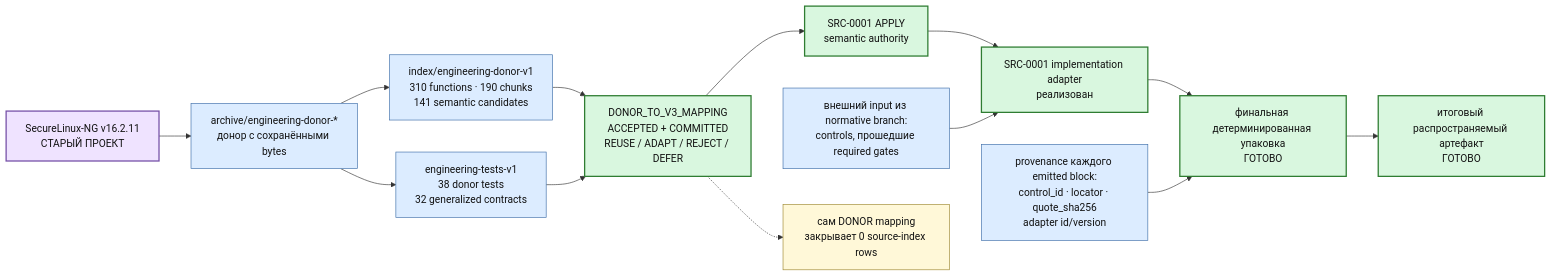
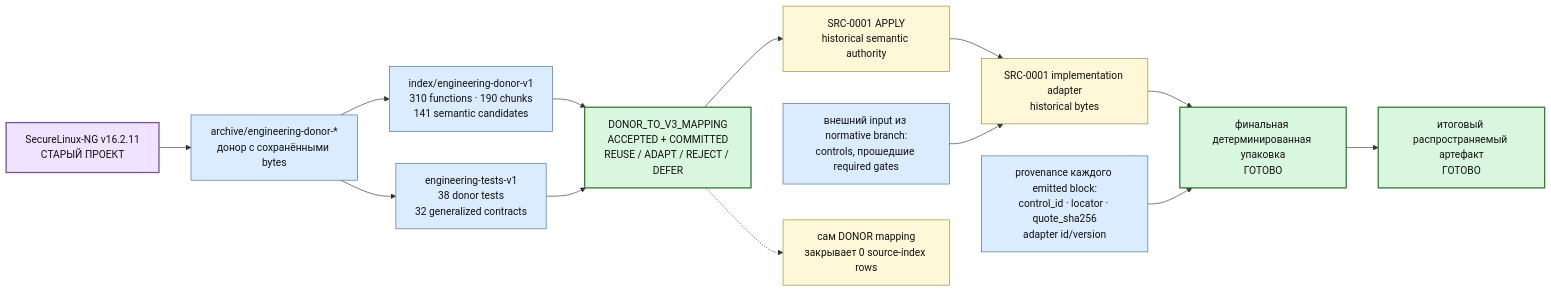
The fourth of 6 diagrams in docs/PROJECT-MAP-v3.md (rasav65/SecureLinux-Policy), drawn with Mermaid before and after one commit. The commit also changed other lines of this file and 51 other files, not shown here.

````diff
--- a/docs/PROJECT-MAP-v3.md
+++ b/docs/PROJECT-MAP-v3.md
@@ -243,38 +243,38 @@
 ```mermaid
 flowchart LR
     OLD["SecureLinux-NG v16.2.11<br/>СТАРЫЙ ПРОЕКТ"]:::donor
 
     ARCHIVE["archive/engineering-donor-*<br/>донор с сохранёнными bytes"]:::component
     DONOR_INDEX["index/engineering-donor-v1<br/>310 functions · 190 chunks<br/>141 semantic candidates"]:::component
     DONOR_TESTS["engineering-tests-v1<br/>38 donor tests<br/>32 generalized contracts"]:::component
 
     MAP["DONOR_TO_V3_MAPPING<br/>ACCEPTED + COMMITTED<br/>REUSE / ADAPT / REJECT / DEFER"]:::closed
-    APPLY["SRC-0001 APPLY<br/>semantic authority"]:::closed
-    ADAPTERS["SRC-0001 implementation adapter<br/>реализован"]:::closed
+    APPLY["SRC-0001 APPLY<br/>historical semantic authority"]:::note
+    ADAPTERS["SRC-0001 implementation adapter<br/>historical bytes"]:::note
     BUILD["финальная детерминированная упаковка<br/>ГОТОВО"]:::closed
     SCRIPT["итоговый распространяемый артефакт<br/>ГОТОВО"]:::closed
 
     OLD --> ARCHIVE
     ARCHIVE --> DONOR_INDEX
     ARCHIVE --> DONOR_TESTS
     DONOR_INDEX --> MAP
     DONOR_TESTS --> MAP
 
     MAP --> APPLY --> ADAPTERS --> BUILD --> SCRIPT
 
     NORMIN["внешний input из normative branch:<br/>controls, прошедшие required gates"]:::component
     NORMIN --> ADAPTERS
 
     PROVOUT["provenance каждого emitted block:<br/>control_id · locator · quote_sha256<br/>adapter id/version"]:::component
     PROVOUT --> BUILD
 
     ZERO["сам DONOR mapping<br/>закрывает 0 source-index rows"]:::note
     MAP -.-> ZERO
 
     classDef donor fill:#efe3ff,stroke:#7651a8,color:#111,stroke-width:2px;
     classDef closed fill:#d9f7df,stroke:#2f7d32,color:#111,stroke-width:2px;
     classDef component fill:#dcecff,stroke:#3e6ea8,color:#111;
     classDef current fill:#ffe2a8,stroke:#c77800,color:#111,stroke-width:4px;
     classDef future fill:#eeeeee,stroke:#888,color:#444,stroke-dasharray: 5 5;
     classDef note fill:#fff8d8,stroke:#9d8730,color:#111;
 ```
````
